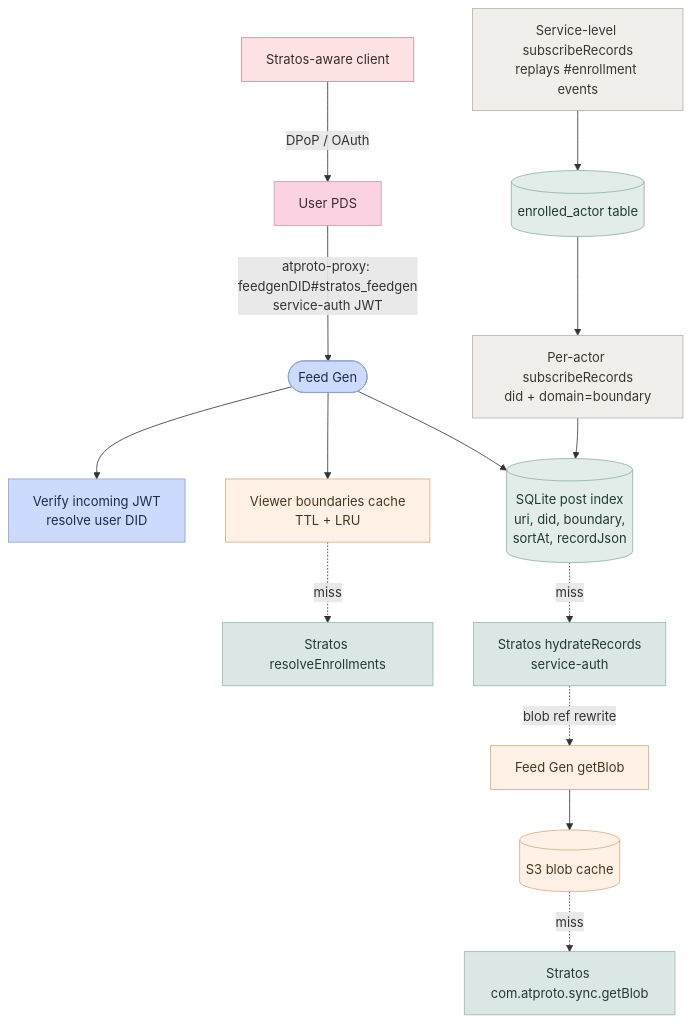
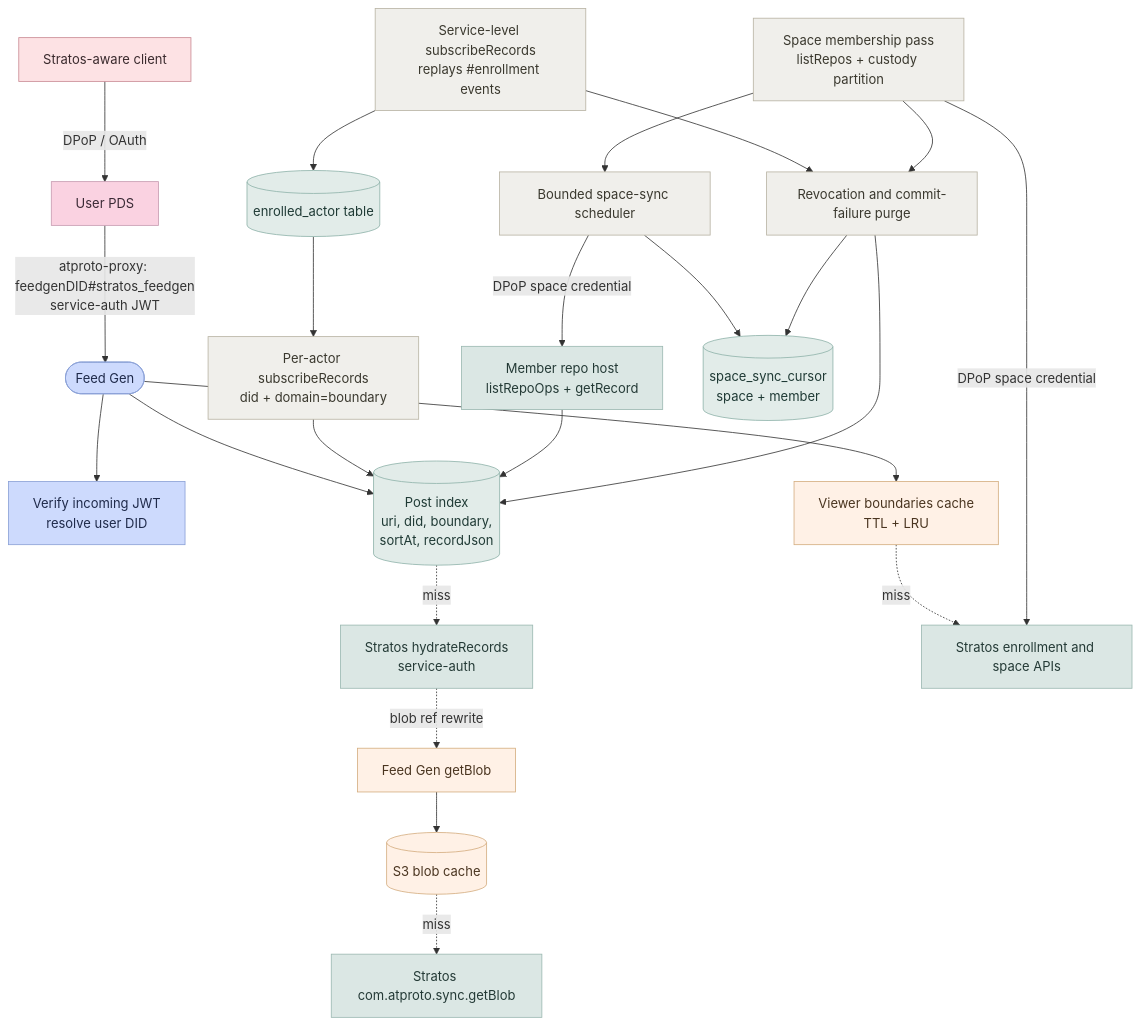
The diagram in stratos-feedgen/README.md (NorthskySocial/stratos), drawn with Mermaid before and after one commit. The commit also changed other lines of this file, not shown here.

Commit message:
Document the mixed-custody feedgen

````diff
--- a/stratos-feedgen/README.md
+++ b/stratos-feedgen/README.md
@@ -9,49 +11,63 @@
 ```mermaid
 flowchart TD
     Client[Stratos-aware client]
     PDS[User PDS]
     FG([Feed Gen])
     Verify[Verify incoming JWT<br/>resolve user DID]
     BCache[Viewer boundaries cache<br/>TTL + LRU]
-    Index[(SQLite post index<br/>uri, did, boundary,<br/>sortAt, recordJson)]
+    Index[(Post index<br/>uri, did, boundary,<br/>sortAt, recordJson)]
     Hydrate[Stratos hydrateRecords<br/>service-auth]
     Blob[Feed Gen getBlob]
     S3[(S3 blob cache)]
     StratosBlob[Stratos com.atproto.sync.getBlob]
-    ResolveEnr[Stratos resolveEnrollments]
+    ResolveEnr[Stratos enrollment and space APIs]
 
     SvcSub[Service-level subscribeRecords<br/>replays #enrollment events]
     Enrolled[(enrolled_actor table)]
     ActorSub[Per-actor subscribeRecords<br/>did + domain=boundary]
+    SpaceMembership[Space membership pass<br/>listRepos + custody partition]
+    SpaceScheduler[Bounded space-sync scheduler]
+    MemberHost[Member repo host<br/>listRepoOps + getRecord]
+    SpaceCursor[(space_sync_cursor<br/>space + member)]
+    Purger[Revocation and commit-failure purge]
 
     Client -->|DPoP / OAuth| PDS
     PDS -->|atproto-proxy: feedgenDID#stratos_feedgen<br/>service-auth JWT| FG
     FG --> Verify
     FG --> BCache
     FG --> Index
     BCache -.miss.-> ResolveEnr
     Index -.miss.-> Hydrate
     Hydrate -.blob ref rewrite.-> Blob
     Blob --> S3
     S3 -.miss.-> StratosBlob
 
     SvcSub --> Enrolled
     Enrolled --> ActorSub
     ActorSub --> Index
+    SpaceMembership -->|DPoP space credential| ResolveEnr
+    SpaceMembership --> SpaceScheduler
+    SpaceScheduler -->|DPoP space credential| MemberHost
+    MemberHost --> Index
+    SpaceScheduler --> SpaceCursor
+    SvcSub --> Purger
+    SpaceMembership --> Purger
+    Purger --> Index
+    Purger --> SpaceCursor
 
     classDef client fill:#fde2e4,stroke:#c98a93,color:#3a2a2d
     classDef pds fill:#fad2e1,stroke:#c79bb1,color:#3a2a35
     classDef fg fill:#cddafd,stroke:#8aa0d6,color:#1f2a4a
     classDef store fill:#e2ece9,stroke:#8fb3aa,color:#1f3a35
     classDef cache fill:#fff1e6,stroke:#d4ad7f,color:#4a3520
     classDef upstream fill:#dbe7e4,stroke:#9bb8b1,color:#243a36
     classDef worker fill:#f0efeb,stroke:#b8b3a3,color:#3a382e
 
     class Client client
     class PDS pds
     class FG,Verify fg
-    class Index,Enrolled store
+    class Index,Enrolled,SpaceCursor store
     class BCache,S3,Blob cache
-    class Hydrate,ResolveEnr,StratosBlob upstream
-    class SvcSub,ActorSub worker
+    class Hydrate,ResolveEnr,StratosBlob,MemberHost upstream
+    class SvcSub,ActorSub,SpaceMembership,SpaceScheduler,Purger worker
 ```
````
